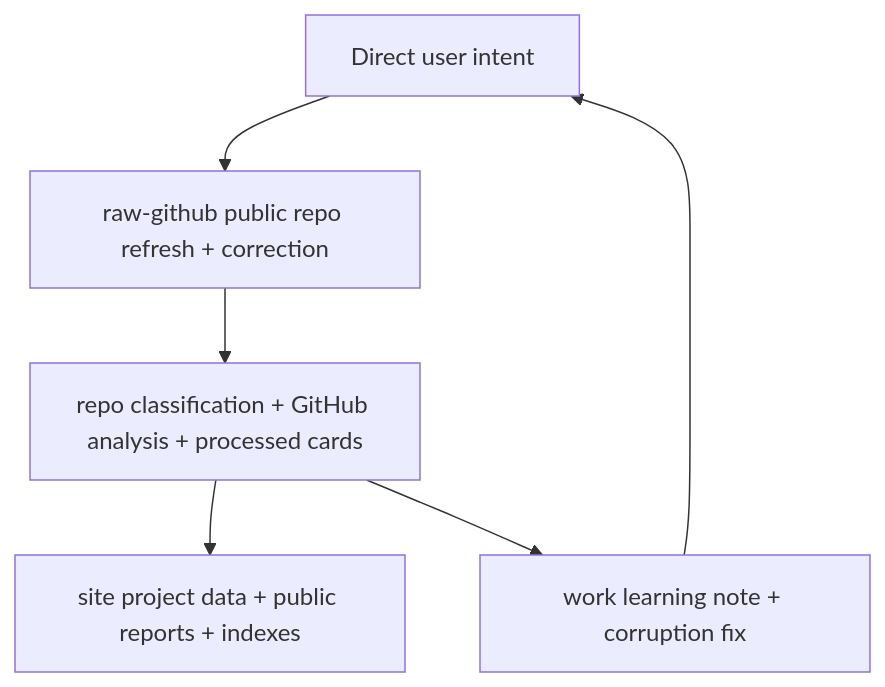
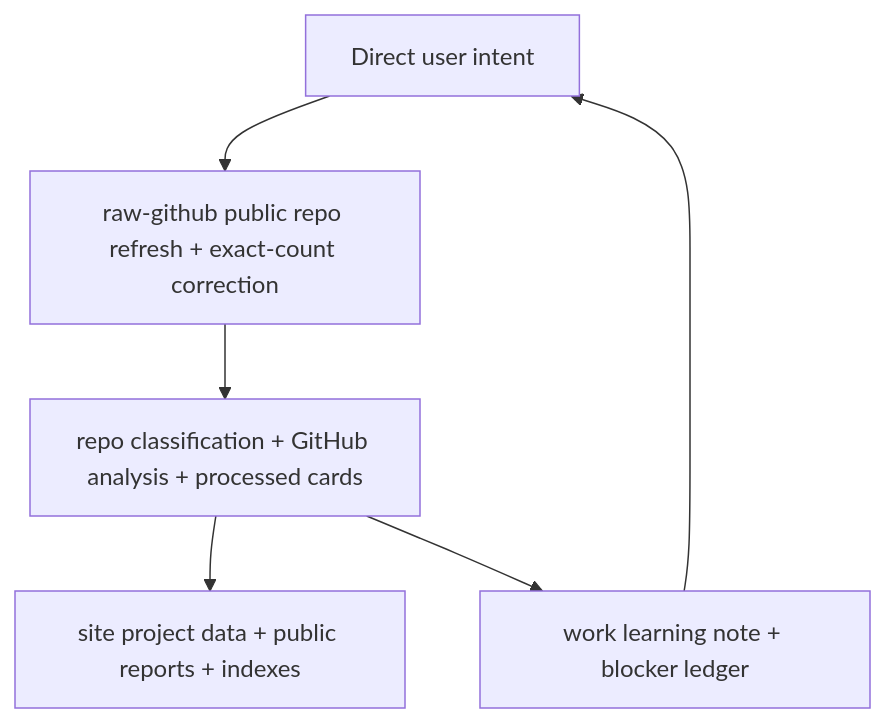
Before and after one commit to Shiyao-Huang/awesome-agent-evolution: the diagram in .mermaid/current/graph.mmd, drawn with Mermaid. The commit also changed 42 other files, not shown here.

Commit message:
hourly: refresh exact public metadata counts

```diff
--- a/.mermaid/current/graph.mmd
+++ b/.mermaid/current/graph.mmd
@@ -1,6 +1,6 @@
 graph TD
-  intent["Direct user intent"] --> raw["raw-github public repo refresh + correction"]
+  intent["Direct user intent"] --> raw["raw-github public repo refresh + exact-count correction"]
   raw --> processed["repo classification + GitHub analysis + processed cards"]
   processed --> results["site project data + public reports + indexes"]
-  processed --> note["work learning note + corruption fix"]
+  processed --> note["work learning note + blocker ledger"]
   note --> intent
```
